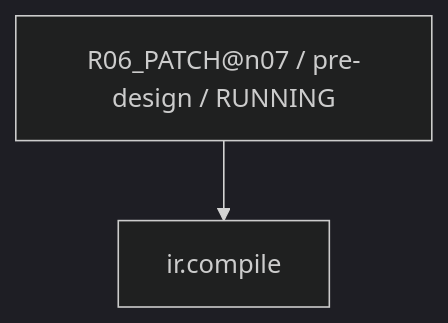
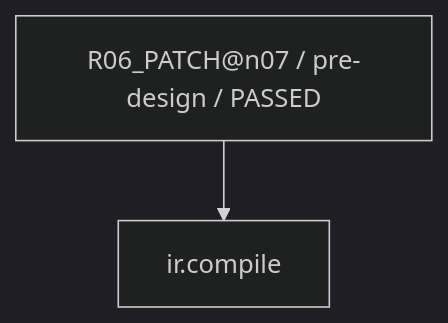
The seventh of 14 diagrams in work/items/W-MATH-032-n07-semantic-repair/generated/CAPABILITY_FIRE_DIAGRAM.md (rrikunagasige-dot/kyotsu-step-web), drawn with Mermaid (dark theme) before and after one commit. The commit also changed other lines of this file and 60 other files, not shown here.

````diff
--- a/work/items/W-MATH-032-n07-semantic-repair/generated/CAPABILITY_FIRE_DIAGRAM.md
+++ b/work/items/W-MATH-032-n07-semantic-repair/generated/CAPABILITY_FIRE_DIAGRAM.md
@@ -107,6 +107,6 @@
 ```mermaid
 flowchart TD
-  N0["R06_PATCH@n07 / pre-design / RUNNING"]
+  N0["R06_PATCH@n07 / pre-design / PASSED"]
   N1["ir.compile"]
   N0 --> N1
 ```
````
